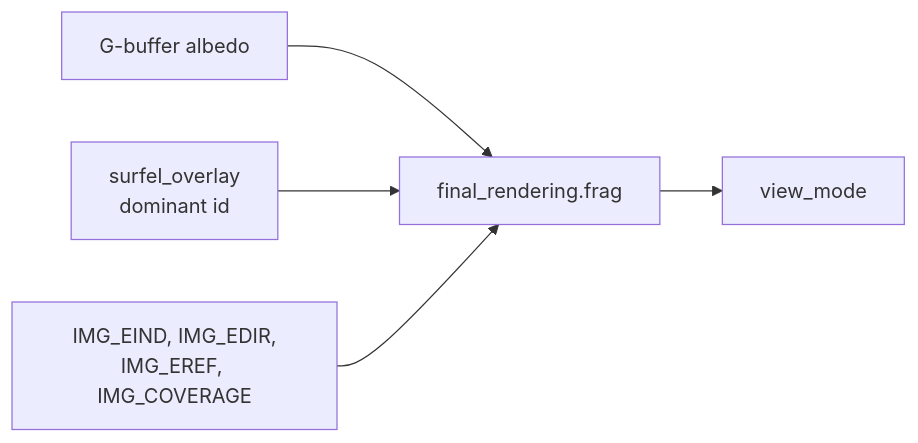
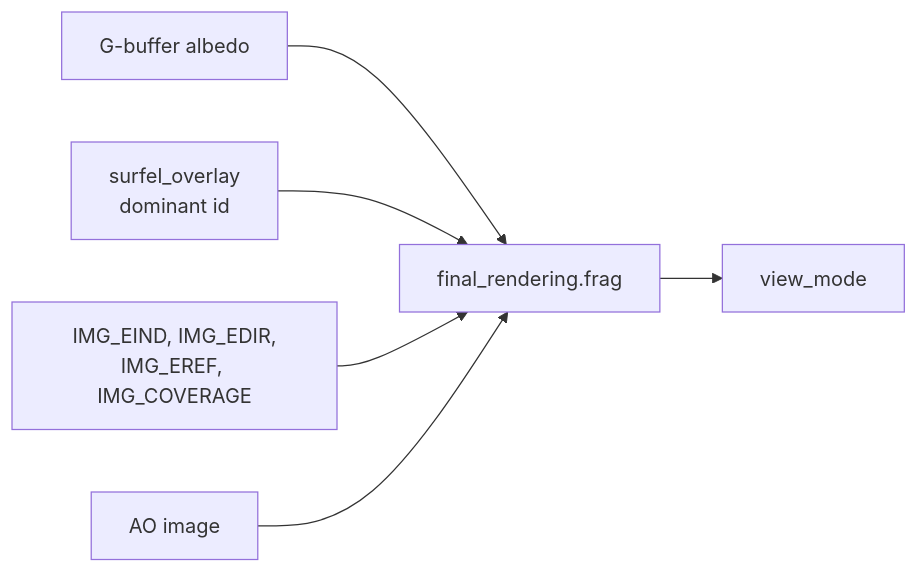
Before and after one commit to NeroReflex/vulkan-framework: the first of 2 diagrams in engine/docs/10-composite.md, drawn with Mermaid. The commit also changed other lines of this file and 51 other files, not shown here.

````diff
--- a/engine/docs/10-composite.md
+++ b/engine/docs/10-composite.md
@@ -9,7 +9,8 @@
 ```mermaid
 flowchart LR
   gb["G-buffer albedo"] --> fin
   ov["surfel_overlay<br/>dominant id"] --> fin
   gi["IMG_EIND, IMG_EDIR,<br/>IMG_EREF, IMG_COVERAGE"] --> fin["final_rendering.frag"]
+  ao["AO image"] --> fin
   fin --> out["view_mode"]
 ```
````
